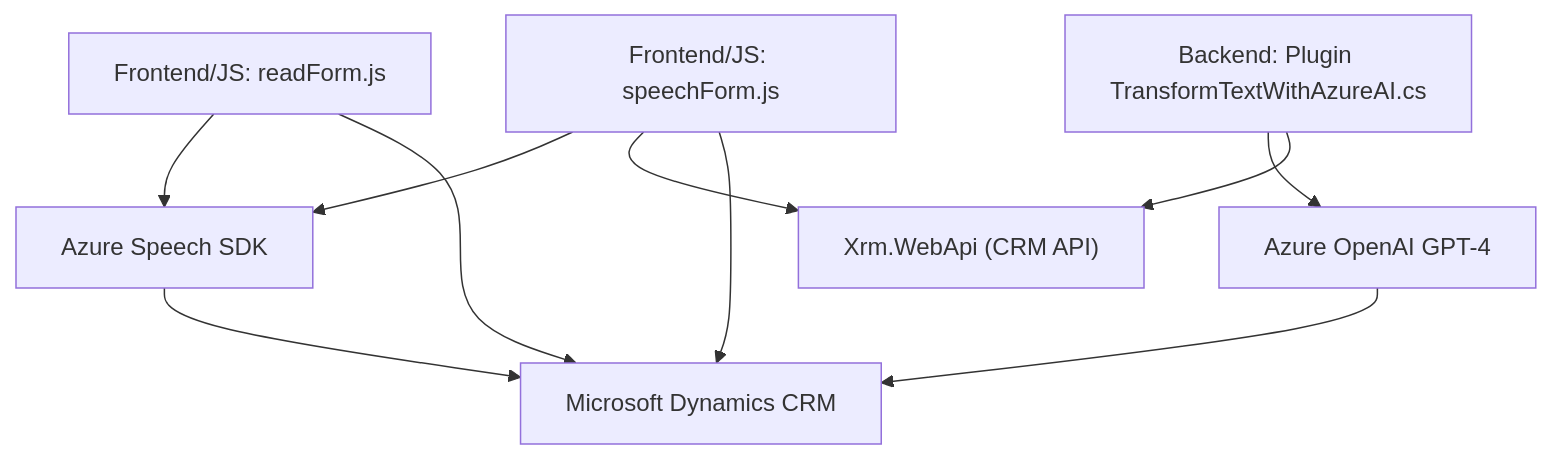
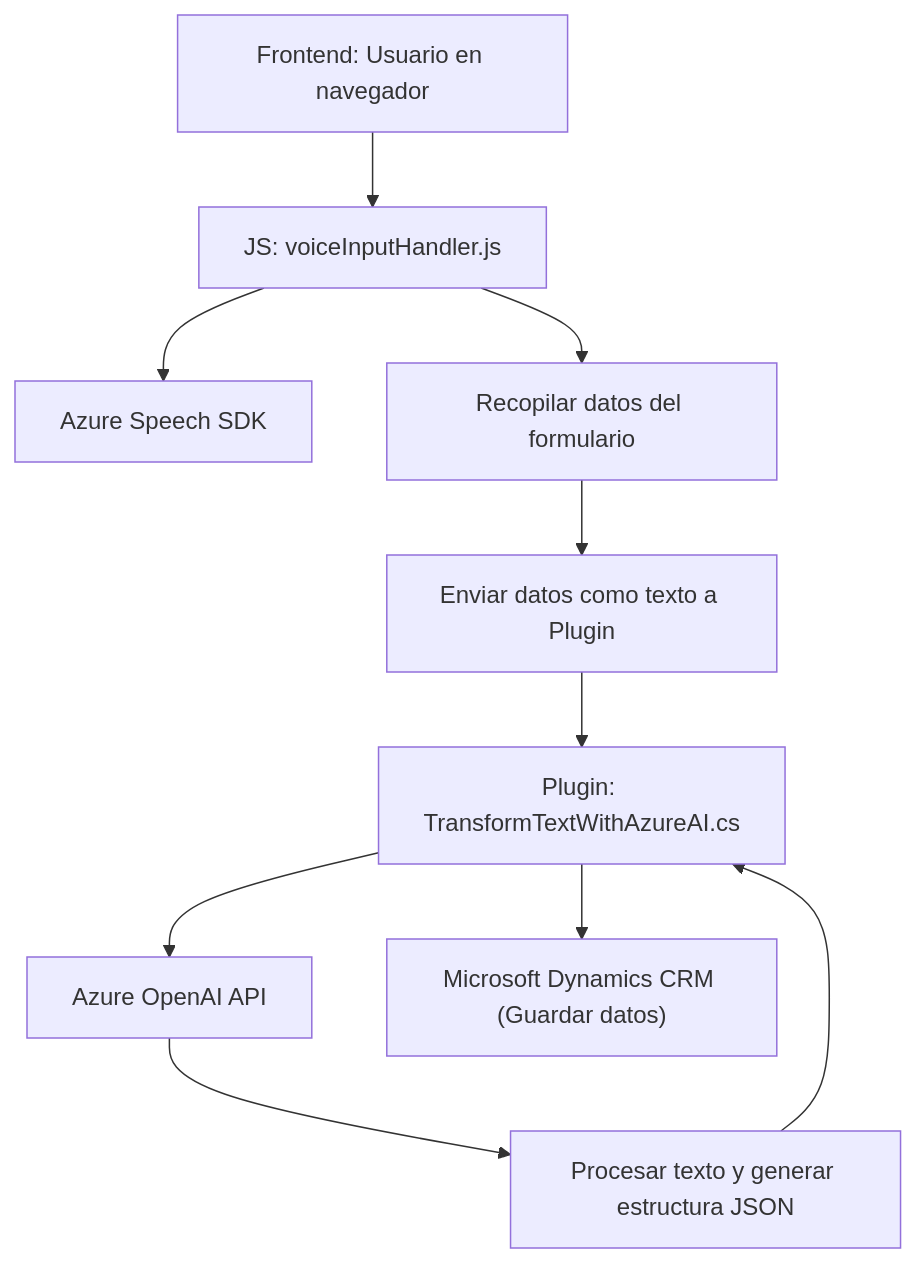
One commit to blopezdm/NETCORE_BILBAO2025 changed the diagram in README.md. Above: the diagram before and after it, drawn with Mermaid. The commit also changed other lines of this file, not shown here.

````diff
--- a/README.md
+++ b/README.md
@@ -48,19 +43,12 @@
 ```mermaid
 graph TD
-    A["Frontend/JS: readForm.js"]
-    B["Frontend/JS: speechForm.js"]
-    C["Backend: Plugin TransformTextWithAzureAI.cs"]
-    D["Azure Speech SDK"]
-    E["Azure OpenAI GPT-4"]
-    F["Xrm.WebApi (CRM API)"]
-    G["Microsoft Dynamics CRM"]
-    A --> D
-    A --> G
-    B --> D
-    B --> F
-    B --> G
-    C --> E
-    C --> F
-    D --> G
-    E --> G
+    A["Frontend: Usuario en navegador"] --> B["JS: voiceInputHandler.js"]
+    B --> C["Azure Speech SDK"]
+    B --> D["Recopilar datos del formulario"]
+    D --> E["Enviar datos como texto a Plugin"]
+    E --> F["Plugin: TransformTextWithAzureAI.cs"]
+    F --> G["Azure OpenAI API"]
+    G --> H["Procesar texto y generar estructura JSON"]
+    H --> F
+    F --> I["Microsoft Dynamics CRM (Guardar datos)"]
 ```
````
